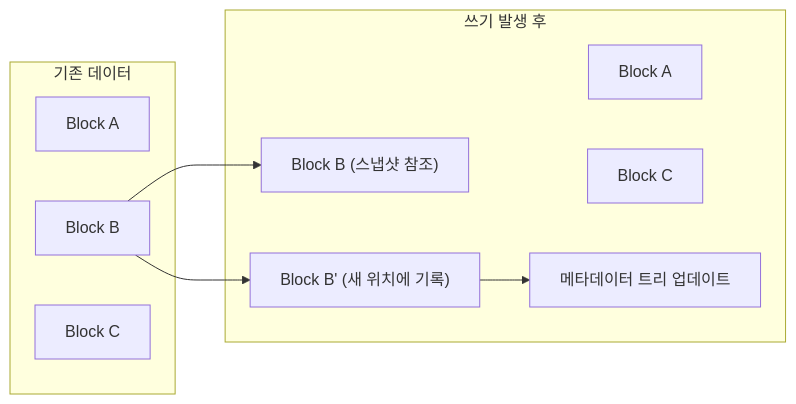
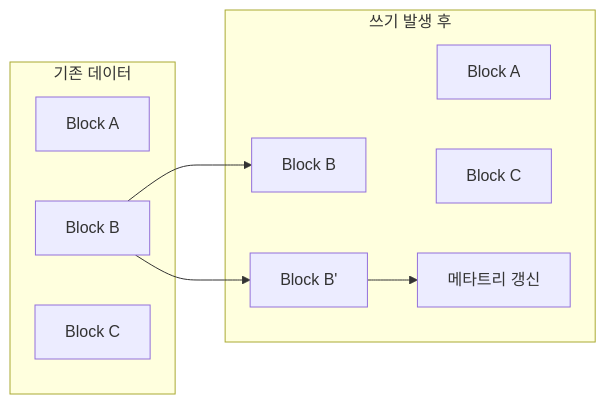
The second of 3 diagrams in content/linux/filesystem-storage/filesystem-comparison.md (moonblueblue/devops-wiki), drawn with Mermaid before and after one commit. The commit also changed other lines of this file and 37 other files, not shown here.

First line of the commit message:
style: linux 카테고리 ASCII 도표·Mermaid 라벨 형식 교정

````diff
--- a/content/linux/filesystem-storage/filesystem-comparison.md
+++ b/content/linux/filesystem-storage/filesystem-comparison.md
@@ -240,18 +236,18 @@
 ```mermaid
 graph LR
     subgraph before["기존 데이터"]
         BA["Block A"]
         BB["Block B"]
         BC["Block C"]
     end
     subgraph after["쓰기 발생 후"]
         BA2["Block A"]
-        BB2["Block B (스냅샷 참조)"]
-        BB3["Block B' (새 위치에 기록)"]
+        BB2["Block B"]
+        BB3["Block B'"]
         BC2["Block C"]
-        META["메타데이터 트리 업데이트"]
+        META["메타트리 갱신"]
     end
     BB --> BB2
     BB --> BB3
     BB3 --> META
 ```
````
